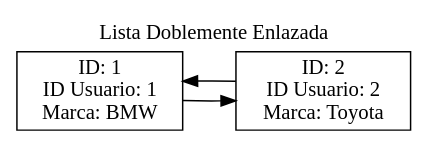
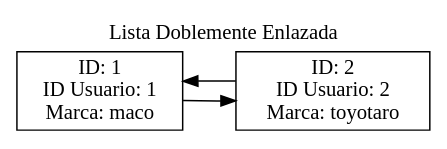
One commit to Farot30/-EDD-1S2025_202307820 changed the diagram in Fase#1/Graficas/ListaDoblementeEnlazada.dot. Above: the diagram before and after it, drawn with Graphviz. The commit also changed 29 other files, not shown here.

```diff
--- a/Fase#1/Graficas/ListaDoblementeEnlazada.dot
+++ b/Fase#1/Graficas/ListaDoblementeEnlazada.dot
@@ -1,11 +1,11 @@
 digraph G {
 label="Lista Doblemente Enlazada";
 labelloc="t";
 rankdir=LR;
 node [shape=record];
-"1" [label="ID: 1\nID Usuario: 1\nMarca: BMW"];
+"1" [label="ID: 1\nID Usuario: 1\nMarca: maco"];
 "1" -> "2";
 "2" -> "1";
-"2" [label="ID: 2\nID Usuario: 2\nMarca: Toyota"];
+"2" [label="ID: 2\nID Usuario: 2\nMarca: toyotaro"];
 
 }
```
